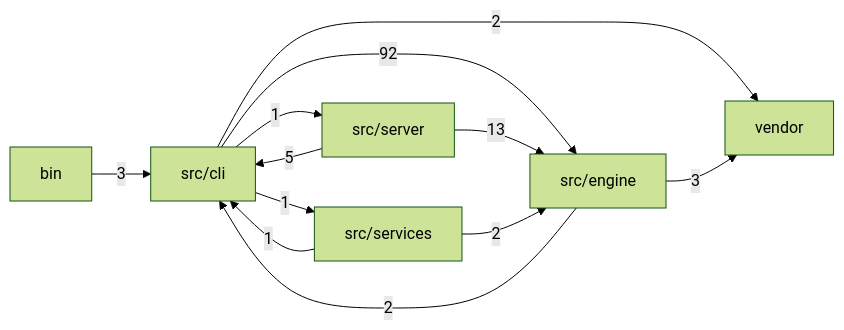
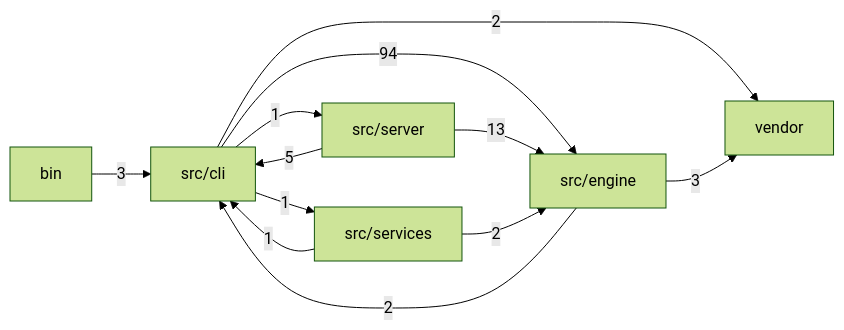
Before and after one commit to mgillr/memev: the first of 2 diagrams in docs/MODULES.md, drawn with Mermaid (forest theme). The commit also changed other lines of this file and 19 other files, not shown here.

````diff
--- a/docs/MODULES.md
+++ b/docs/MODULES.md
@@ -11,20 +11,20 @@
 ```mermaid
 flowchart LR
   bin["bin"]
   cli["src/cli"]
   engine["src/engine"]
   server["src/server"]
   services["src/services"]
   vendor["vendor"]
   bin -->|"3"| cli
-  cli -->|"92"| engine
+  cli -->|"94"| engine
   cli -->|"1"| server
   cli -->|"1"| services
   cli -->|"2"| vendor
   engine -->|"2"| cli
   engine -->|"3"| vendor
   server -->|"5"| cli
   server -->|"13"| engine
   services -->|"1"| cli
   services -->|"2"| engine
 ```
````
